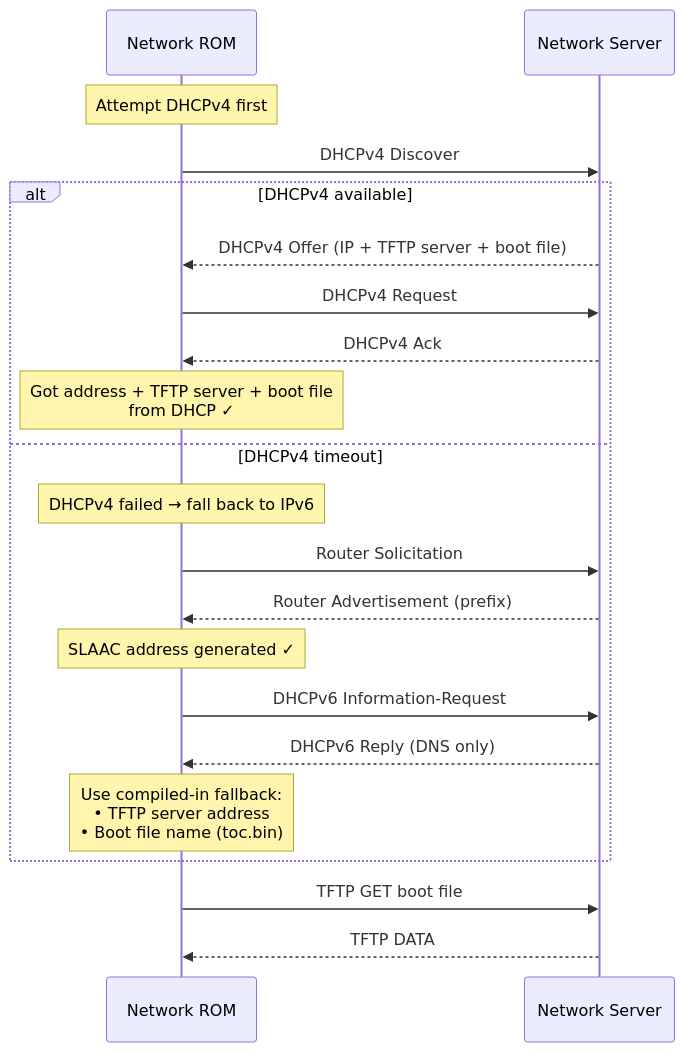
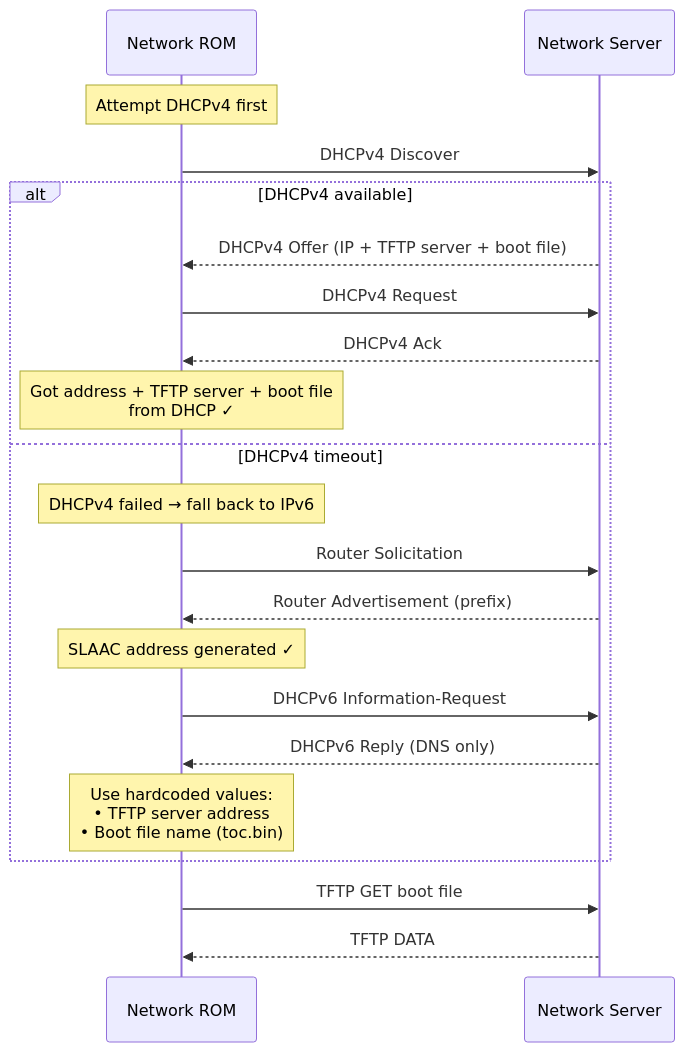
One commit to mlvisaya/caliptra-mcu-sw changed the sixth of 8 diagrams in docs/src/ipv6_address_configuration.md. Above: the diagram before and after it, drawn with Mermaid. The commit also changed other lines of this file, not shown here.

````diff
--- a/docs/src/ipv6_address_configuration.md
+++ b/docs/src/ipv6_address_configuration.md
@@ -248,29 +230,29 @@
 ```mermaid
 sequenceDiagram
     participant FW as Network ROM
     participant SRV as Network Server
 
     Note over FW: Attempt DHCPv4 first
 
     FW->>SRV: DHCPv4 Discover
     alt DHCPv4 available
         SRV-->>FW: DHCPv4 Offer (IP + TFTP server + boot file)
         FW->>SRV: DHCPv4 Request
         SRV-->>FW: DHCPv4 Ack
         Note over FW: Got address + TFTP server + boot file<br/>from DHCP ✓
     else DHCPv4 timeout
         Note over FW: DHCPv4 failed → fall back to IPv6
 
         FW->>SRV: Router Solicitation
         SRV-->>FW: Router Advertisement (prefix)
         Note over FW: SLAAC address generated ✓
 
         FW->>SRV: DHCPv6 Information-Request
         SRV-->>FW: DHCPv6 Reply (DNS only)
 
-        Note over FW: Use compiled-in fallback:<br/>• TFTP server address<br/>• Boot file name (toc.bin)
+        Note over FW: Use hardcoded values:<br/>• TFTP server address<br/>• Boot file name (toc.bin)
     end
 
     FW->>SRV: TFTP GET boot file
     SRV-->>FW: TFTP DATA
 ```
````
